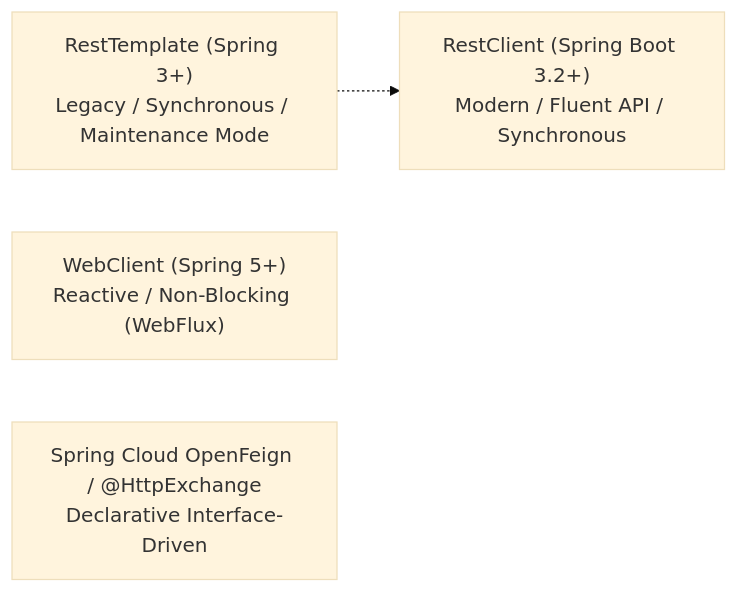
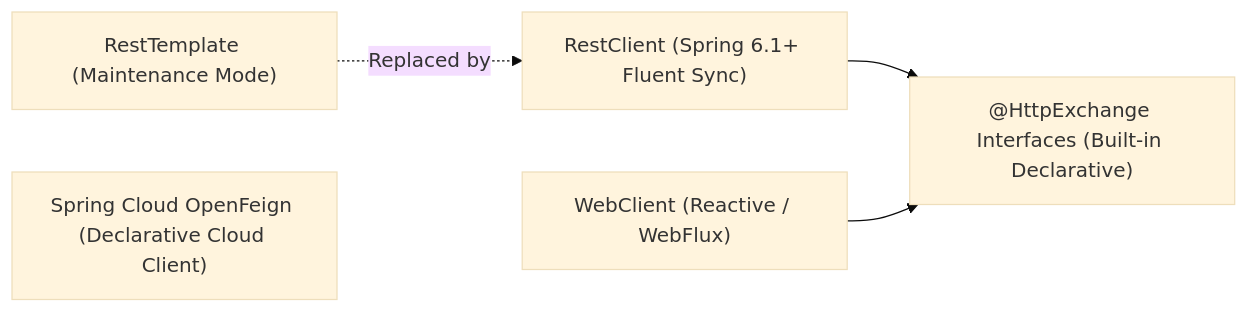
Before and after one commit to ravishankar2463/java_hub: the second of 3 diagrams in content/roadmap/level-11/inter-service-communication.md, drawn with Mermaid (base theme). The commit also changed other lines of this file and 119 other files, not shown here.

Commit message:
feat: add comprehensive java learning roadmap content across multiple levels

````diff
--- a/content/roadmap/level-11/inter-service-communication.md
+++ b/content/roadmap/level-11/inter-service-communication.md
@@ -52,10 +45,7 @@
 ```mermaid
 flowchart LR
-    RT["RestTemplate (Spring 3+)
-Legacy / Synchronous / Maintenance Mode"] -.-> RC["RestClient (Spring Boot 3.2+)
-Modern / Fluent API / Synchronous"]
-    WebClient["WebClient (Spring 5+)
-Reactive / Non-Blocking (WebFlux)"]
-    Feign["Spring Cloud OpenFeign / @HttpExchange
-Declarative Interface-Driven"]
+    RT["RestTemplate (Maintenance Mode)"] -.->|"Replaced by"| RC["RestClient (Spring 6.1+ Fluent Sync)"]
+    RC --> HE["@HttpExchange Interfaces (Built-in Declarative)"]
+    WC["WebClient (Reactive / WebFlux)"] --> HE
+    OF["Spring Cloud OpenFeign (Declarative Cloud Client)"]
 ```
````
